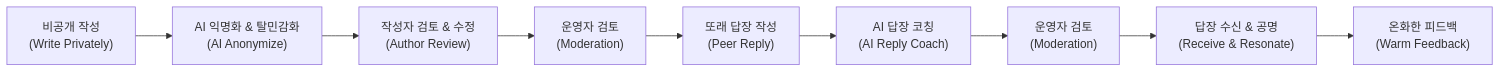
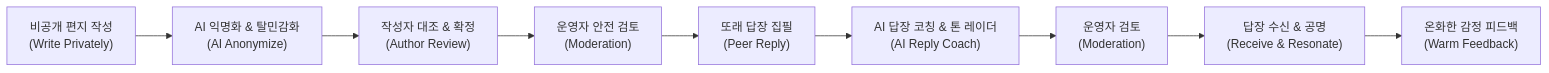
The diagram in README.md (Flyrder/46Hz), drawn with Mermaid before and after one commit. The commit also changed other lines of this file and 20 other files, not shown here.

````diff
--- a/README.md
+++ b/README.md
@@ -33,11 +35,11 @@
 ```mermaid
 flowchart LR
-    A["비공개 작성<br/>(Write Privately)"] --> B["AI 익명화 & 탈민감화<br/>(AI Anonymize)"]
-    B --> C["작성자 검토 & 수정<br/>(Author Review)"]
-    C --> D["운영자 검토<br/>(Moderation)"]
-    D --> E["또래 답장 작성<br/>(Peer Reply)"]
-    E --> F["AI 답장 코칭<br/>(AI Reply Coach)"]
+    A["비공개 편지 작성<br/>(Write Privately)"] --> B["AI 익명화 & 탈민감화<br/>(AI Anonymize)"]
+    B --> C["작성자 대조 & 확정<br/>(Author Review)"]
+    C --> D["운영자 안전 검토<br/>(Moderation)"]
+    D --> E["또래 답장 집필<br/>(Peer Reply)"]
+    E --> F["AI 답장 코칭 & 톤 레이더<br/>(AI Reply Coach)"]
     F --> G["운영자 검토<br/>(Moderation)"]
     G --> H["답장 수신 & 공명<br/>(Receive & Resonate)"]
-    H --> I["온화한 피드백<br/>(Warm Feedback)"]
+    H --> I["온화한 감정 피드백<br/>(Warm Feedback)"]
 ```
````
